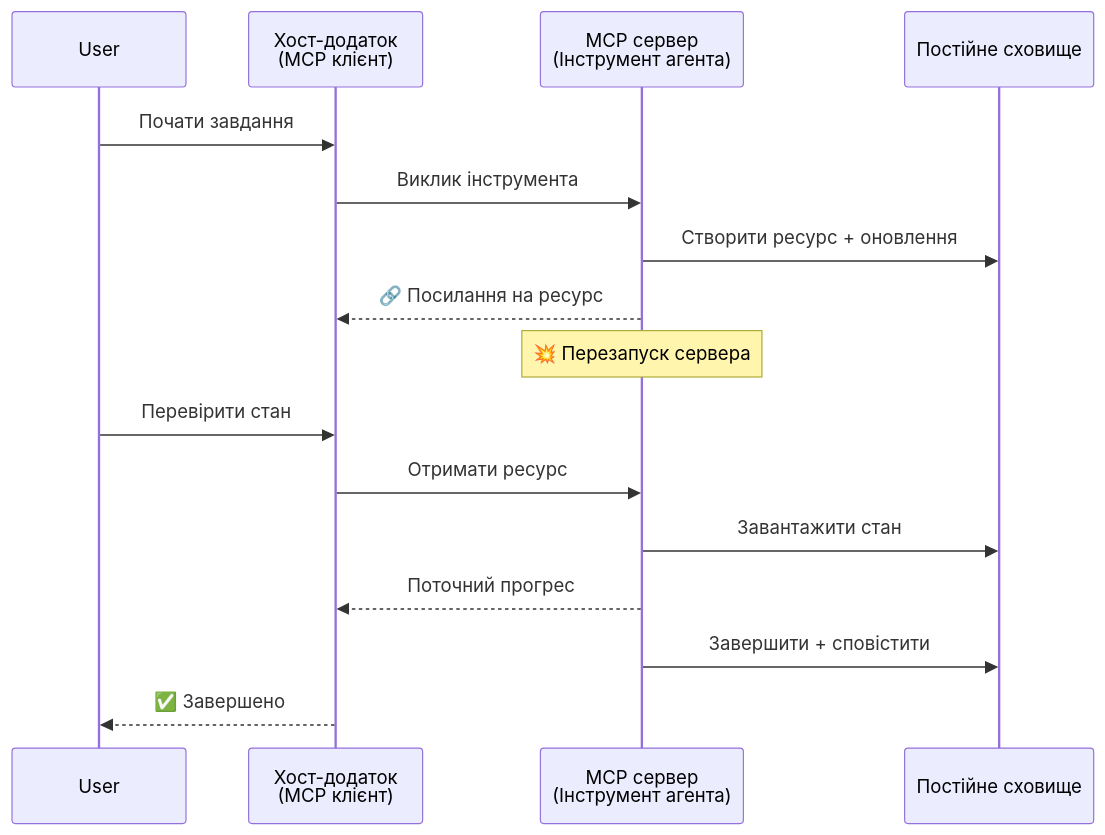
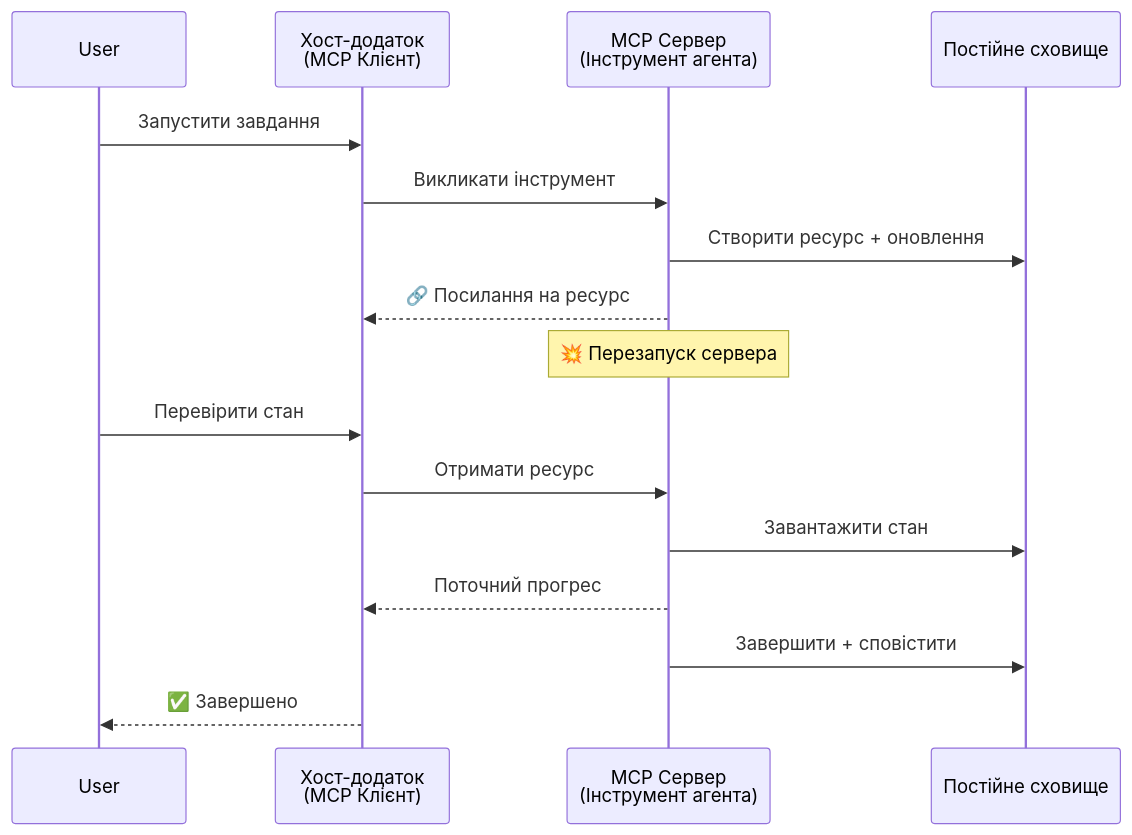
Before and after one commit to gabrielmoreira/agent-skills-mirror: the third of 5 diagrams in mirrors/repos/microsoft@ai-agents-for-beginners/translations/uk/11-agentic-protocols/code_samples/mcp-agents/README.md, drawn with Mermaid. The commit also changed other lines of this file and 4262 other files, not shown here.

````diff
--- a/mirrors/repos/microsoft@ai-agents-for-beginners/translations/uk/11-agentic-protocols/code_samples/mcp-agents/README.md
+++ b/mirrors/repos/microsoft@ai-agents-for-beginners/translations/uk/11-agentic-protocols/code_samples/mcp-agents/README.md
@@ -123,21 +123,21 @@
 ```mermaid
 sequenceDiagram
     participant User
-    participant Host as Хост-додаток<br/>(MCP клієнт)
-    participant Server as MCP сервер<br/>(Інструмент агента)
+    participant Host as Хост-додаток<br/>(MCP Клієнт)
+    participant Server as MCP Сервер<br/>(Інструмент агента)
     participant DB as Постійне сховище
 
-    User->>Host: Почати завдання
-    Host->>Server: Виклик інструмента
+    User->>Host: Запустити завдання
+    Host->>Server: Викликати інструмент
     Server->>DB: Створити ресурс + оновлення
     Server-->>Host: 🔗 Посилання на ресурс
 
     Note over Server: 💥 Перезапуск сервера
 
     User->>Host: Перевірити стан
     Host->>Server: Отримати ресурс
     Server->>DB: Завантажити стан
     Server-->>Host: Поточний прогрес
     Server->>DB: Завершити + сповістити
     Host-->>User: ✅ Завершено
 ```
````
